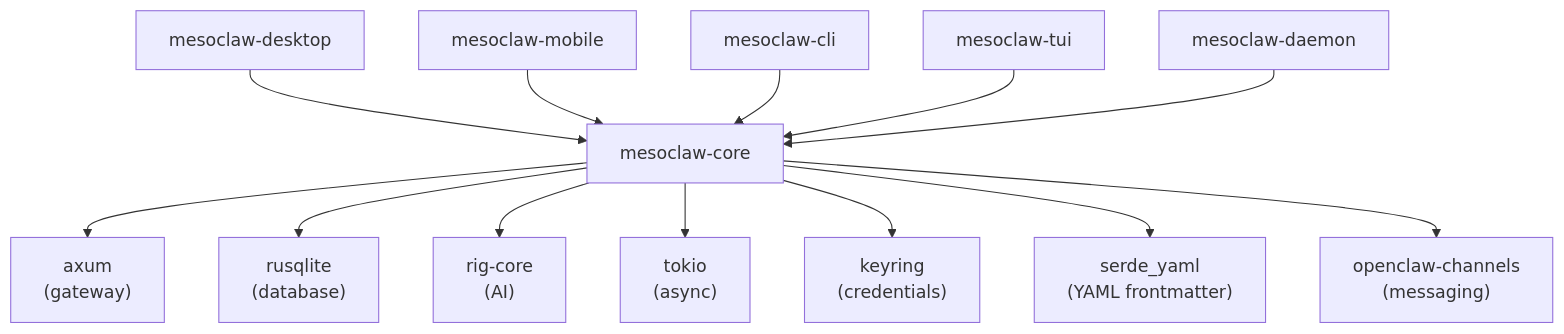
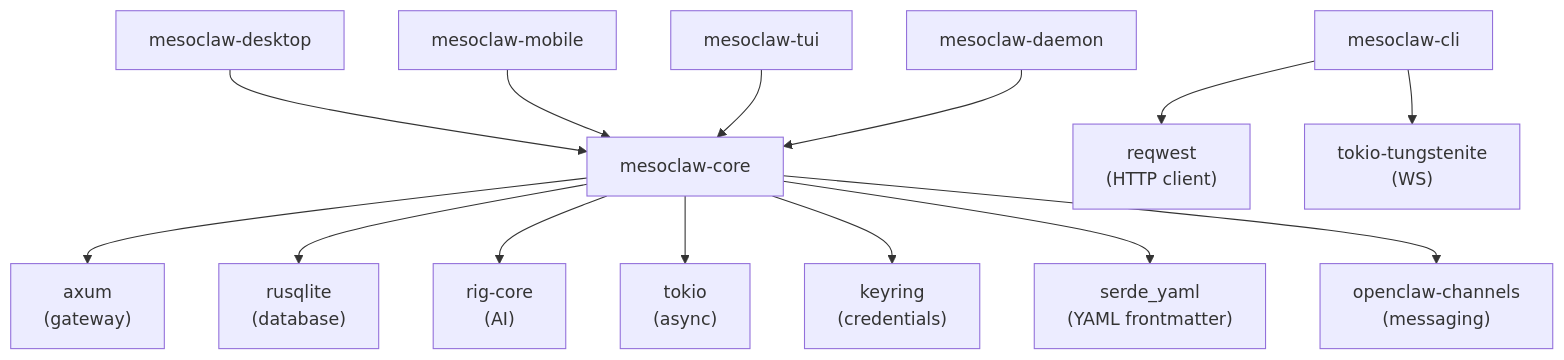
The third of 7 diagrams in README.md (sprklai/mesoclaw), drawn with Mermaid before and after one commit. The commit also changed other lines of this file and 26 other files, not shown here.

````diff
--- a/README.md
+++ b/README.md
@@ -104,16 +104,18 @@
 ```mermaid
 graph TD
     desktop[mesoclaw-desktop] --> core[mesoclaw-core]
     mobile[mesoclaw-mobile] --> core
-    cli[mesoclaw-cli] --> core
+    cli[mesoclaw-cli]
+    cli --> reqwest["reqwest<br>#40;HTTP client#41;"]
+    cli --> tungstenite["tokio-tungstenite<br>#40;WS#41;"]
     tui[mesoclaw-tui] --> core
     daemon[mesoclaw-daemon] --> core
 
     core --> axum["axum<br>#40;gateway#41;"]
     core --> rusqlite["rusqlite<br>#40;database#41;"]
     core --> rigcore["rig-core<br>#40;AI#41;"]
     core --> tokio["tokio<br>#40;async#41;"]
     core --> keyring["keyring<br>#40;credentials#41;"]
     core --> serdeyaml["serde_yaml<br>#40;YAML frontmatter#41;"]
     core --> openclaw["openclaw-channels<br>#40;messaging#41;"]
 ```
````
